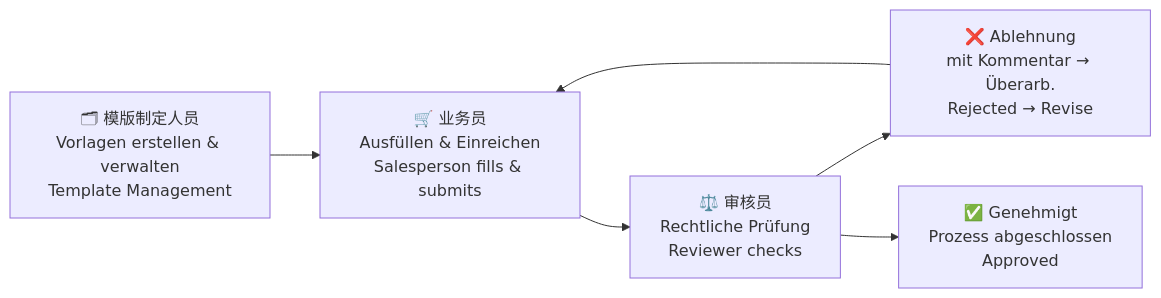
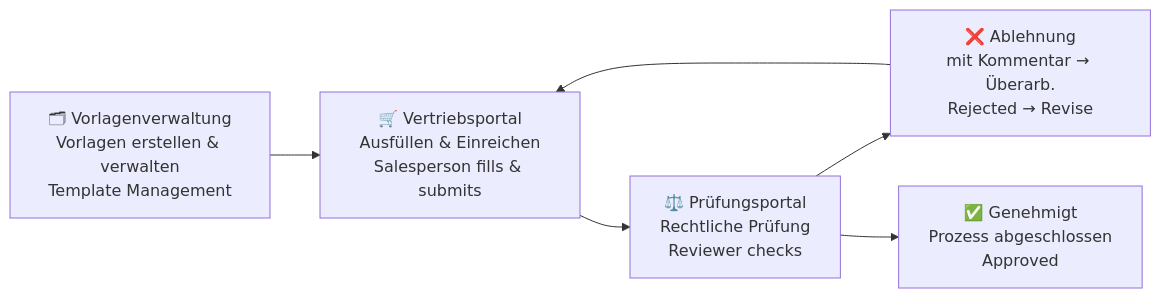
The diagram in README.md (malala2409/contract-system-Vertragsmanagementsystem), drawn with Mermaid before and after one commit. The commit also changed other lines of this file, not shown here.

````diff
--- a/README.md
+++ b/README.md
@@ -239,8 +239,8 @@
 ```mermaid
 flowchart LR
-    A["🗂 模版制定人员\nVorlagen erstellen & verwalten\nTemplate Management"] --> B["🛒 业务员\nAusfüllen & Einreichen\nSalesperson fills & submits"]
-    B --> C["⚖️ 审核员\nRechtliche Prüfung\nReviewer checks"]
+    A["🗂 Vorlagenverwaltung\nVorlagen erstellen & verwalten\nTemplate Management"] --> B["🛒 Vertriebsportal\nAusfüllen & Einreichen\nSalesperson fills & submits"]
+    B --> C["⚖️ Prüfungsportal\nRechtliche Prüfung\nReviewer checks"]
     C --> D["❌ Ablehnung\nmit Kommentar → Überarb.\nRejected → Revise"]
     C --> E["✅ Genehmigt\nProzess abgeschlossen\nApproved"]
     D --> B
 ```
````
